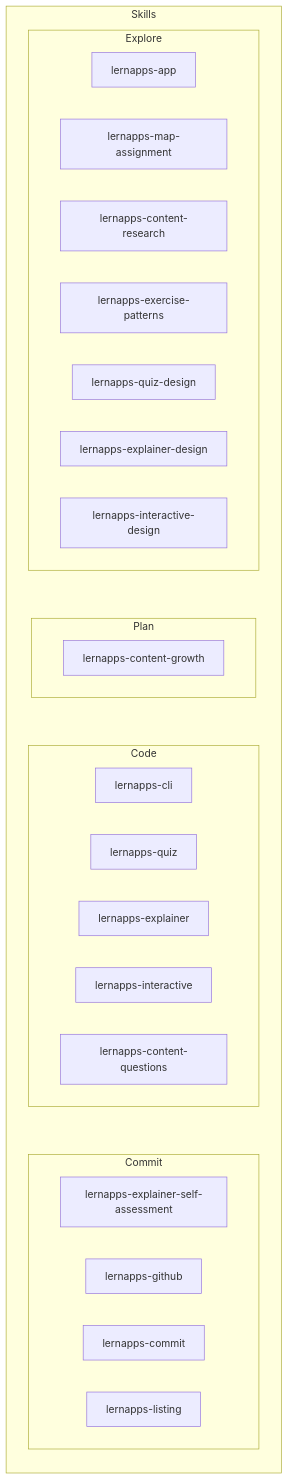
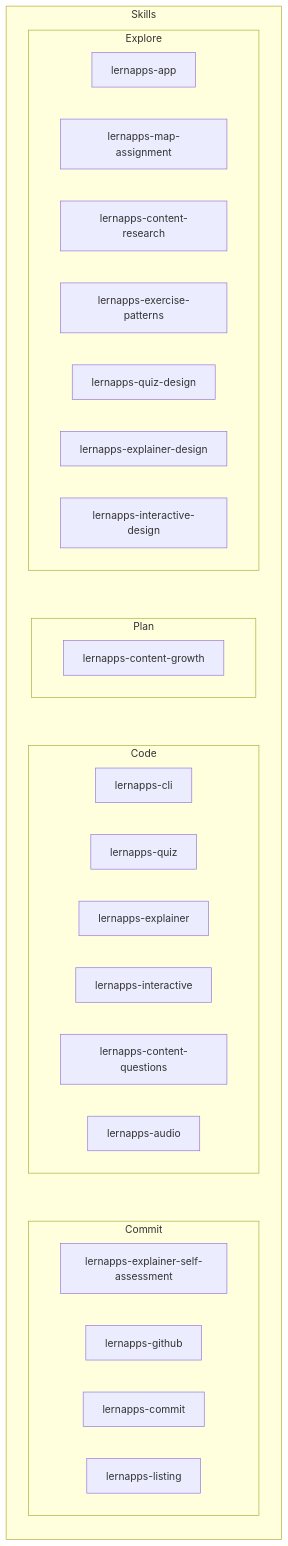
Before and after one commit to lernapps/tooling: the third of 3 diagrams in docs/arc42/05-building-blocks.arc42.md, drawn with Mermaid. The commit also changed other lines of this file and 7 other files, not shown here.

````diff
--- a/docs/arc42/05-building-blocks.arc42.md
+++ b/docs/arc42/05-building-blocks.arc42.md
@@ -114,31 +114,32 @@
 ```mermaid
 flowchart LR
     subgraph bb-skills["Skills"]
         subgraph bb-skills-explore["Explore"]
             bb-skill-app["lernapps-app"]
             bb-skill-map-assignment["lernapps-map-assignment"]
             bb-skill-content-research["lernapps-content-research"]
             bb-skill-exercise-patterns["lernapps-exercise-patterns"]
             bb-skill-quiz-design["lernapps-quiz-design"]
             bb-skill-explainer-design["lernapps-explainer-design"]
             bb-skill-interactive-design["lernapps-interactive-design"]
         end
         subgraph bb-skills-plan["Plan"]
             bb-skill-content-growth["lernapps-content-growth"]
         end
         subgraph bb-skills-code["Code"]
             bb-skill-cli["lernapps-cli"]
             bb-skill-quiz["lernapps-quiz"]
             bb-skill-explainer["lernapps-explainer"]
             bb-skill-interactive["lernapps-interactive"]
             bb-skill-content-questions["lernapps-content-questions"]
+            bb-skill-audio["lernapps-audio"]
         end
         subgraph bb-skills-commit["Commit"]
             bb-skill-explainer-self-assessment["lernapps-explainer-self-assessment"]
             bb-skill-github["lernapps-github"]
             bb-skill-commit["lernapps-commit"]
             bb-skill-listing["lernapps-listing"]
         end
         bb-skills-explore ~~~ bb-skills-plan ~~~ bb-skills-code ~~~ bb-skills-commit
     end
 ```
````
